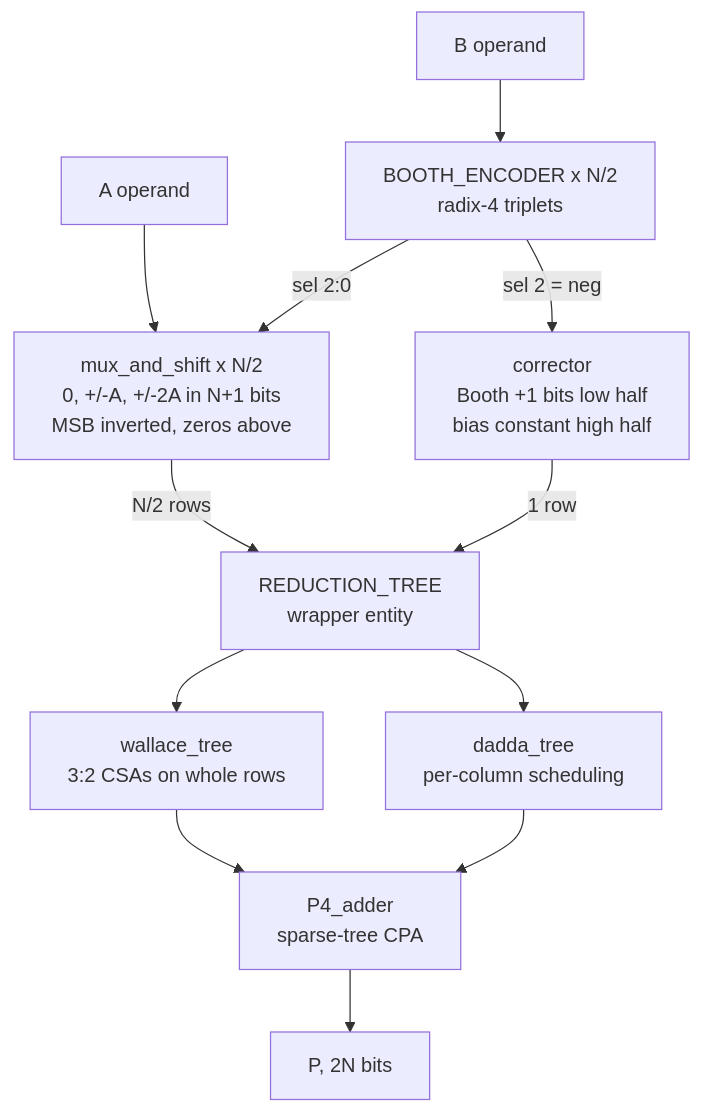
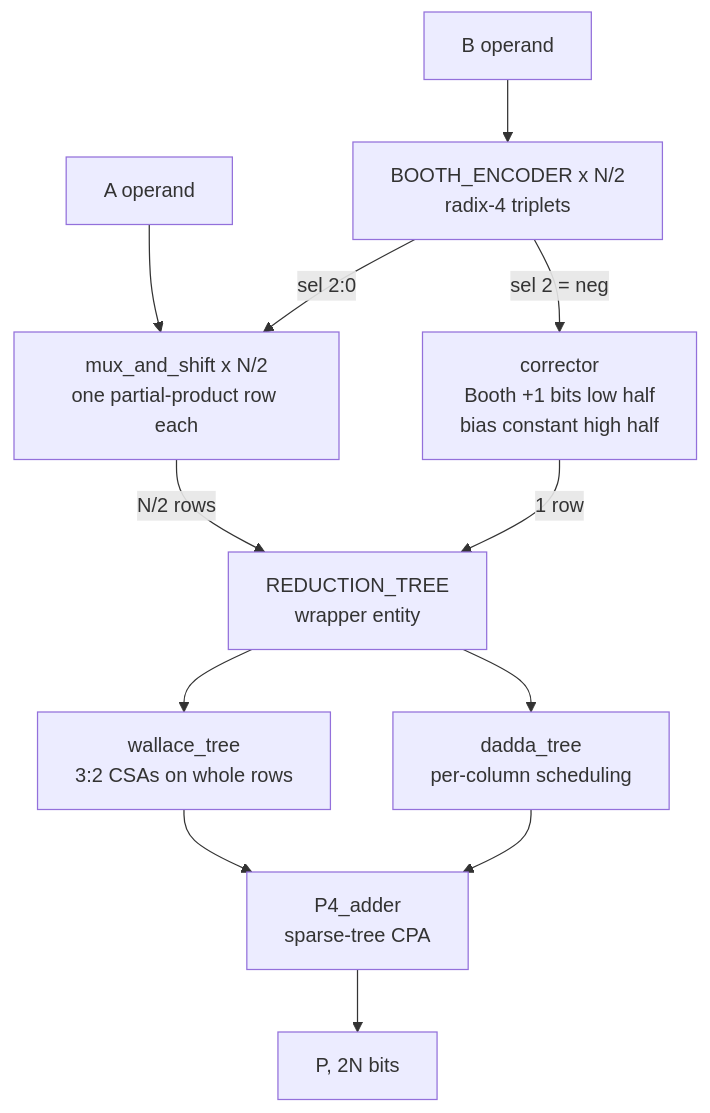
One commit to Erfan-TT/radix4-booth-multiplier changed the diagram in README.md. Above: the diagram before and after it, drawn with Mermaid. The commit also changed other lines of this file and 21 other files, not shown here.

````diff
--- a/README.md
+++ b/README.md
@@ -24,14 +31,14 @@
 ```mermaid
 flowchart TD
     B[B operand] --> ENC[BOOTH_ENCODER x N/2<br/>radix-4 triplets]
-    A[A operand] --> MUX[mux_and_shift x N/2<br/>0, +/-A, +/-2A in N+1 bits<br/>MSB inverted, zeros above]
+    A[A operand] --> MUX[mux_and_shift x N/2<br/>one partial-product row each]
     ENC -->|sel 2:0| MUX
     ENC -->|sel 2 = neg| CORR[corrector<br/>Booth +1 bits low half<br/>bias constant high half]
     MUX -->|N/2 rows| RT[REDUCTION_TREE<br/>wrapper entity]
     CORR -->|1 row| RT
     RT --> WT[wallace_tree<br/>3:2 CSAs on whole rows]
     RT --> DT[dadda_tree<br/>per-column scheduling]
     WT --> P4[P4_adder<br/>sparse-tree CPA]
     DT --> P4
     P4 --> P[P, 2N bits]
 ```
````
